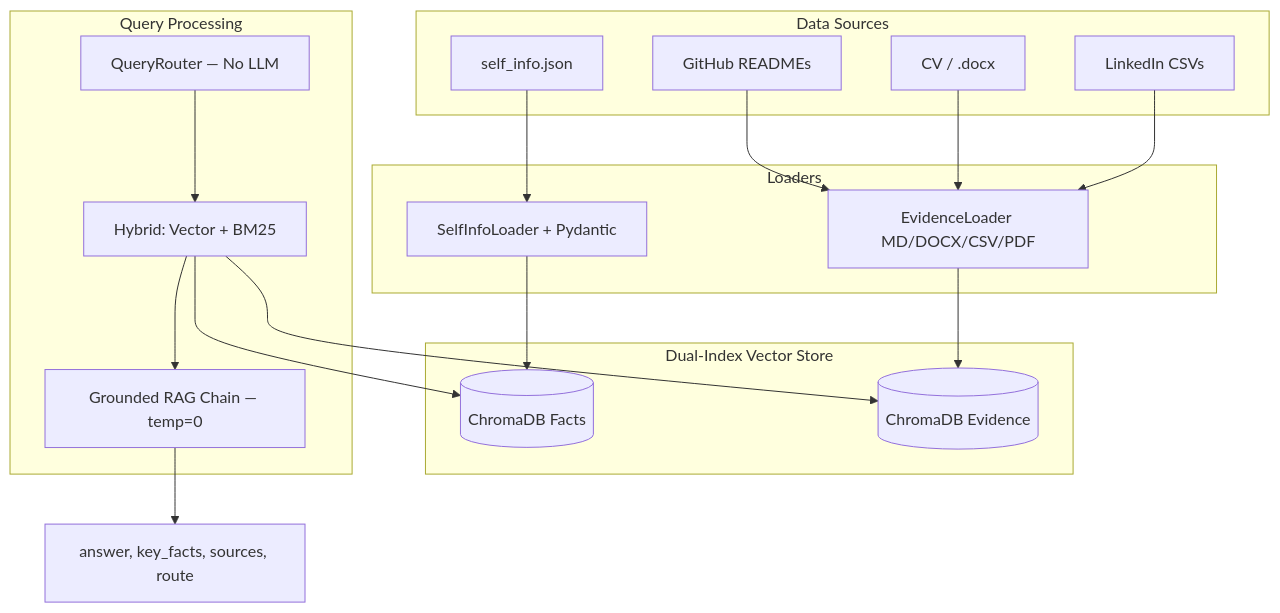
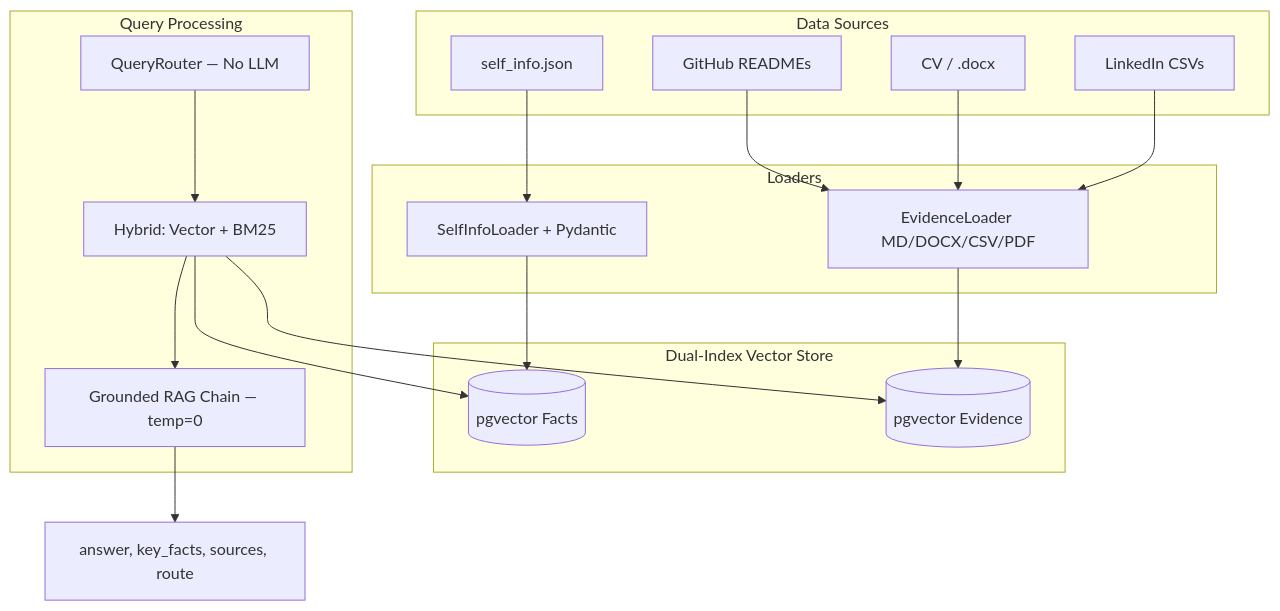
Before and after one commit to AteetVatan/echo-ai: the fourth of 11 diagrams in readme.md, drawn with Mermaid. The commit also changed other lines of this file and 553 other files, not shown here.

````diff
--- a/readme.md
+++ b/readme.md
@@ -375,30 +375,30 @@
 ```mermaid
 flowchart TD
     subgraph "Data Sources"
         JSON["self_info.json"]
         README_FILES["GitHub READMEs"]
         CV["CV / .docx"]
         CSV["LinkedIn CSVs"]
     end
 
     subgraph "Loaders"
         SIL["SelfInfoLoader + Pydantic"]
         EL["EvidenceLoader MD/DOCX/CSV/PDF"]
     end
 
     subgraph "Dual-Index Vector Store"
-        FACTS_IDX[("ChromaDB Facts")]
-        EVIDENCE_IDX[("ChromaDB Evidence")]
+        FACTS_IDX[("pgvector Facts")]
+        EVIDENCE_IDX[("pgvector Evidence")]
     end
 
     subgraph "Query Processing"
         QR["QueryRouter — No LLM"]
         RET["Hybrid: Vector + BM25"]
         RAG["Grounded RAG Chain — temp=0"]
     end
 
     JSON --> SIL --> FACTS_IDX
     README_FILES & CV & CSV --> EL --> EVIDENCE_IDX
     QR --> RET --> FACTS_IDX & EVIDENCE_IDX
     RET --> RAG --> OUTPUT["answer, key_facts, sources, route"]
 ```
````
